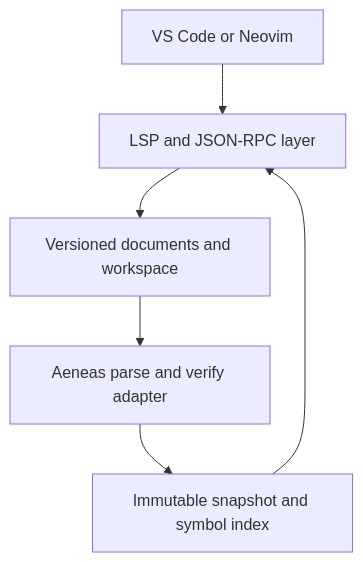
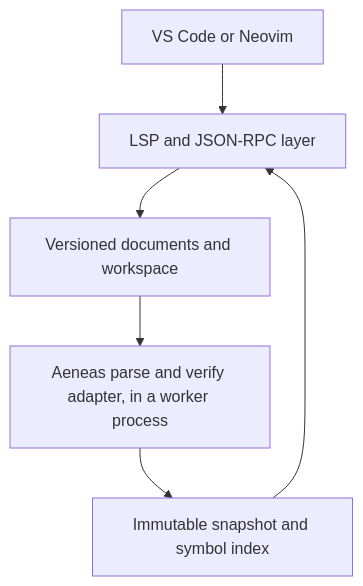
One commit to SaltedTan/virgil-language-server changed the diagram in docs/architecture.md. Above: the diagram before and after it, drawn with Mermaid. The commit also changed other lines of this file and 25 other files, not shown here.

First line of the commit message:
feat(worker): isolate whole-program analysis in a replaceable process (#51)

````diff
--- a/docs/architecture.md
+++ b/docs/architecture.md
@@ -7,8 +7,8 @@
 ```mermaid
 flowchart TD
     E["VS Code or Neovim"] --> P["LSP and JSON-RPC layer"]
     P --> W["Versioned documents and workspace"]
-    W --> A["Aeneas parse and verify adapter"]
+    W --> A["Aeneas parse and verify adapter, in a worker process"]
     A --> S["Immutable snapshot and symbol index"]
     S --> P
 ```
````
